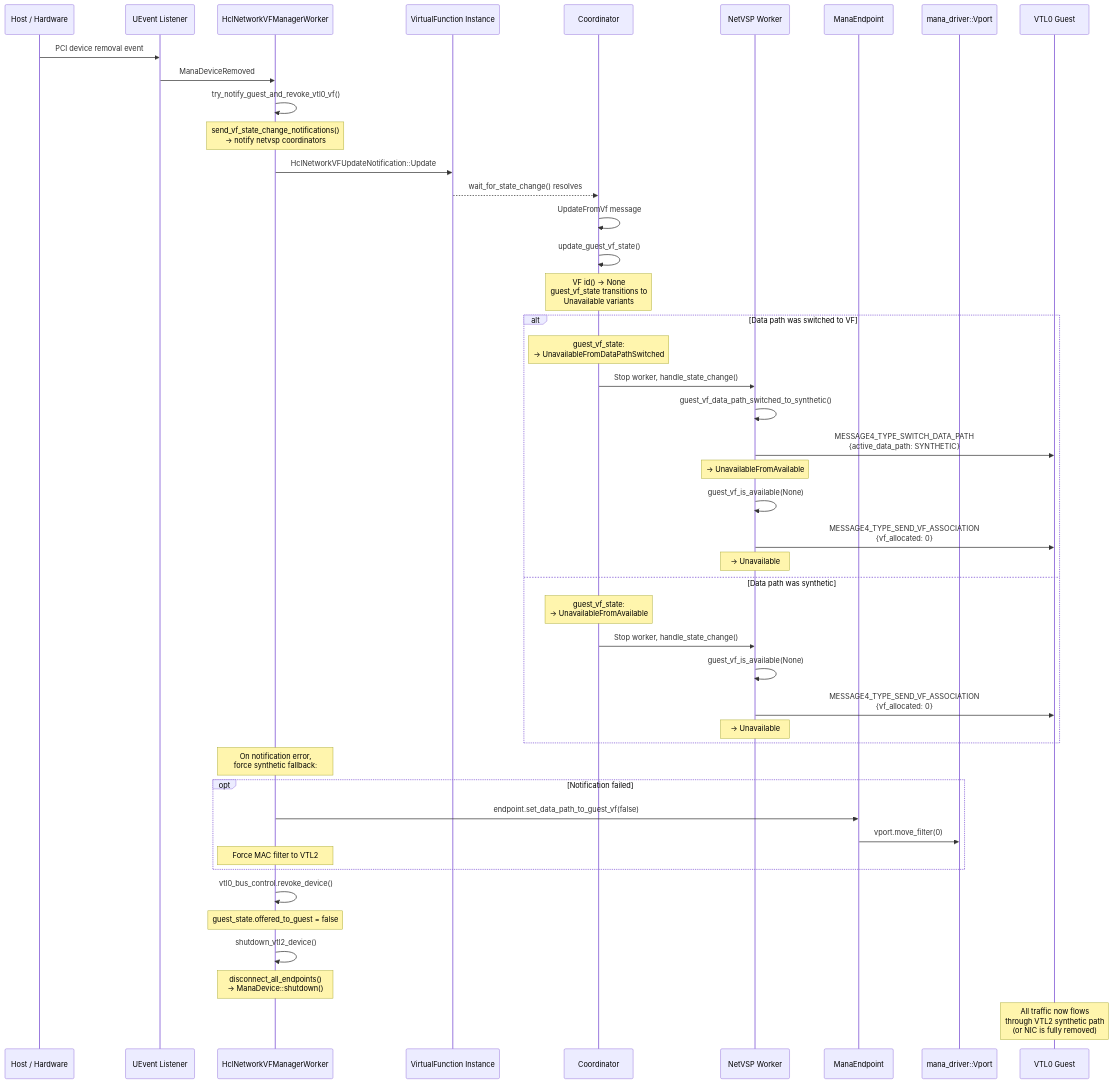
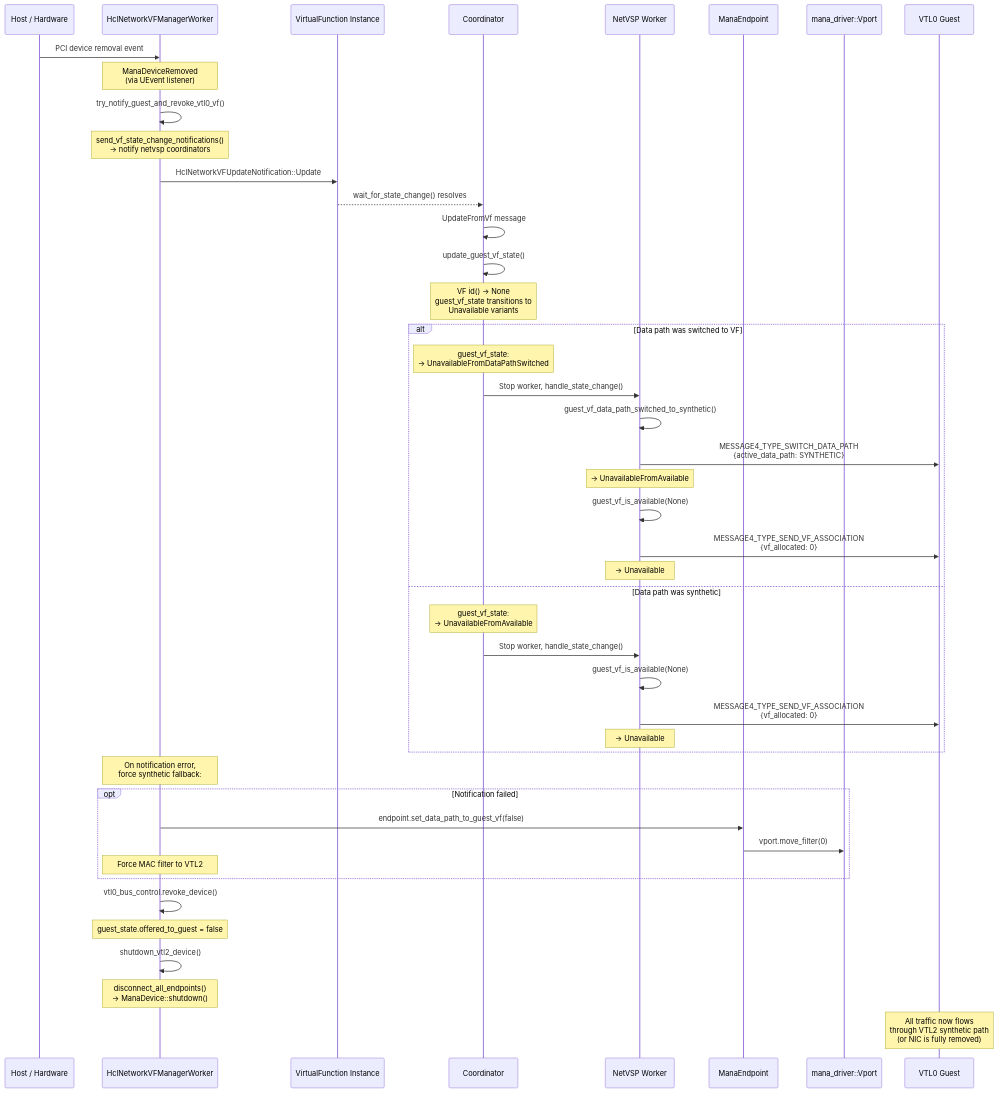
Before and after one commit to ben-zen/openvmm: the fifth of 6 diagrams in Guide/src/dev_guide/netvsp_mana_lifecycle_diagrams.md, drawn with Mermaid. The commit also changed other lines of this file, not shown here.

````diff
--- a/Guide/src/dev_guide/netvsp_mana_lifecycle_diagrams.md
+++ b/Guide/src/dev_guide/netvsp_mana_lifecycle_diagrams.md
@@ -235,60 +366,59 @@
 ```mermaid
 sequenceDiagram
     participant Host as Host / Hardware
-    participant UEvent as UEvent Listener
     participant VFMgrWkr as HclNetworkVFManagerWorker
     participant VFMgrInst as VirtualFunction Instance
     participant Coord as Coordinator
     participant NetVSP as NetVSP Worker
     participant ManaEP as ManaEndpoint
     participant Vport as mana_driver::Vport
     participant Guest as VTL0 Guest
 
-    Host->>UEvent: PCI device removal event
-    UEvent->>VFMgrWkr: ManaDeviceRemoved
+    Host->>VFMgrWkr: PCI device removal event
+    Note over VFMgrWkr: ManaDeviceRemoved<br/>(via UEvent listener)
 
     VFMgrWkr->>VFMgrWkr: try_notify_guest_and_revoke_vtl0_vf()
     Note over VFMgrWkr: send_vf_state_change_notifications()<br/>→ notify netvsp coordinators
 
     VFMgrWkr->>VFMgrInst: HclNetworkVFUpdateNotification::Update
     VFMgrInst-->>Coord: wait_for_state_change() resolves
 
     Coord->>Coord: UpdateFromVf message
     Coord->>Coord: update_guest_vf_state()
     Note over Coord: VF id() → None<br/>guest_vf_state transitions to<br/>Unavailable variants
 
     alt Data path was switched to VF
         Note over Coord: guest_vf_state:<br/>→ UnavailableFromDataPathSwitched
         Coord->>NetVSP: Stop worker, handle_state_change()
 
         NetVSP->>NetVSP: guest_vf_data_path_switched_to_synthetic()
         NetVSP->>Guest: MESSAGE4_TYPE_SWITCH_DATA_PATH<br/>{active_data_path: SYNTHETIC}
         Note over NetVSP: → UnavailableFromAvailable
 
         NetVSP->>NetVSP: guest_vf_is_available(None)
         NetVSP->>Guest: MESSAGE4_TYPE_SEND_VF_ASSOCIATION<br/>{vf_allocated: 0}
         Note over NetVSP: → Unavailable
     else Data path was synthetic
         Note over Coord: guest_vf_state:<br/>→ UnavailableFromAvailable
         Coord->>NetVSP: Stop worker, handle_state_change()
         NetVSP->>NetVSP: guest_vf_is_available(None)
         NetVSP->>Guest: MESSAGE4_TYPE_SEND_VF_ASSOCIATION<br/>{vf_allocated: 0}
         Note over NetVSP: → Unavailable
     end
 
     Note over VFMgrWkr: On notification error,<br/>force synthetic fallback:
 
     opt Notification failed
         VFMgrWkr->>ManaEP: endpoint.set_data_path_to_guest_vf(false)
         ManaEP->>Vport: vport.move_filter(0)
         Note over VFMgrWkr: Force MAC filter to VTL2
     end
 
     VFMgrWkr->>VFMgrWkr: vtl0_bus_control.revoke_device()
     Note over VFMgrWkr: guest_state.offered_to_guest = false
 
     VFMgrWkr->>VFMgrWkr: shutdown_vtl2_device()
     Note over VFMgrWkr: disconnect_all_endpoints()<br/>→ ManaDevice::shutdown()
 
     Note over Guest: All traffic now flows<br/>through VTL2 synthetic path<br/>(or NIC is fully removed)
 ```
````
